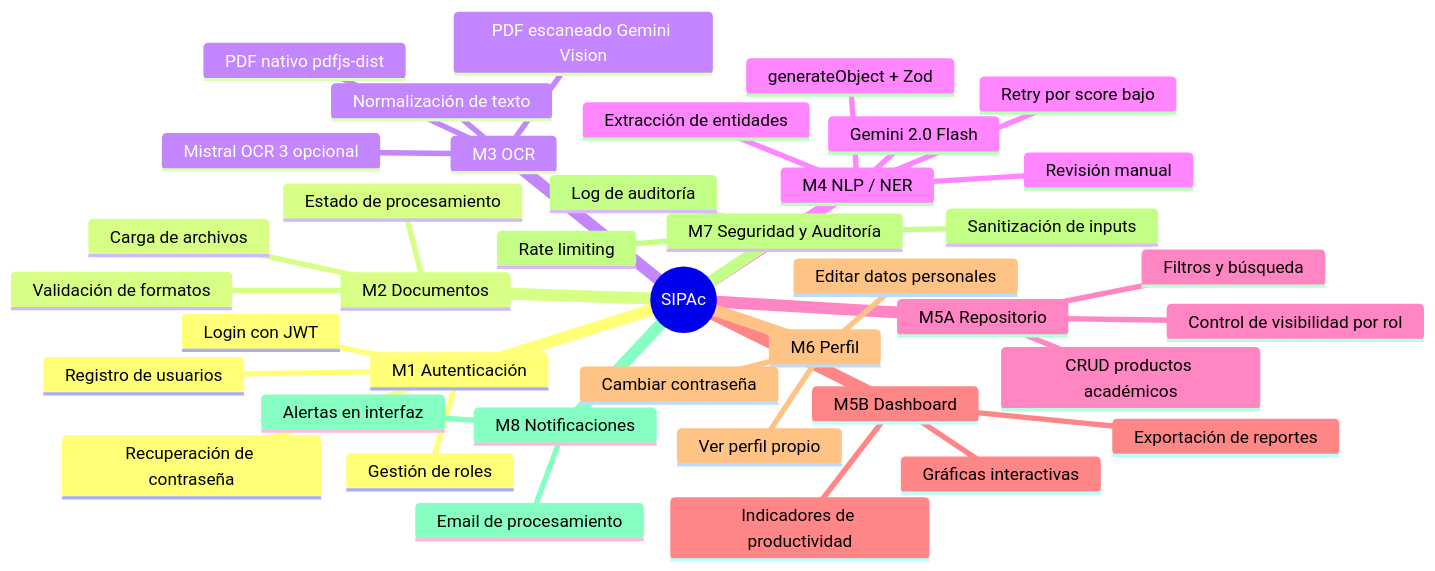
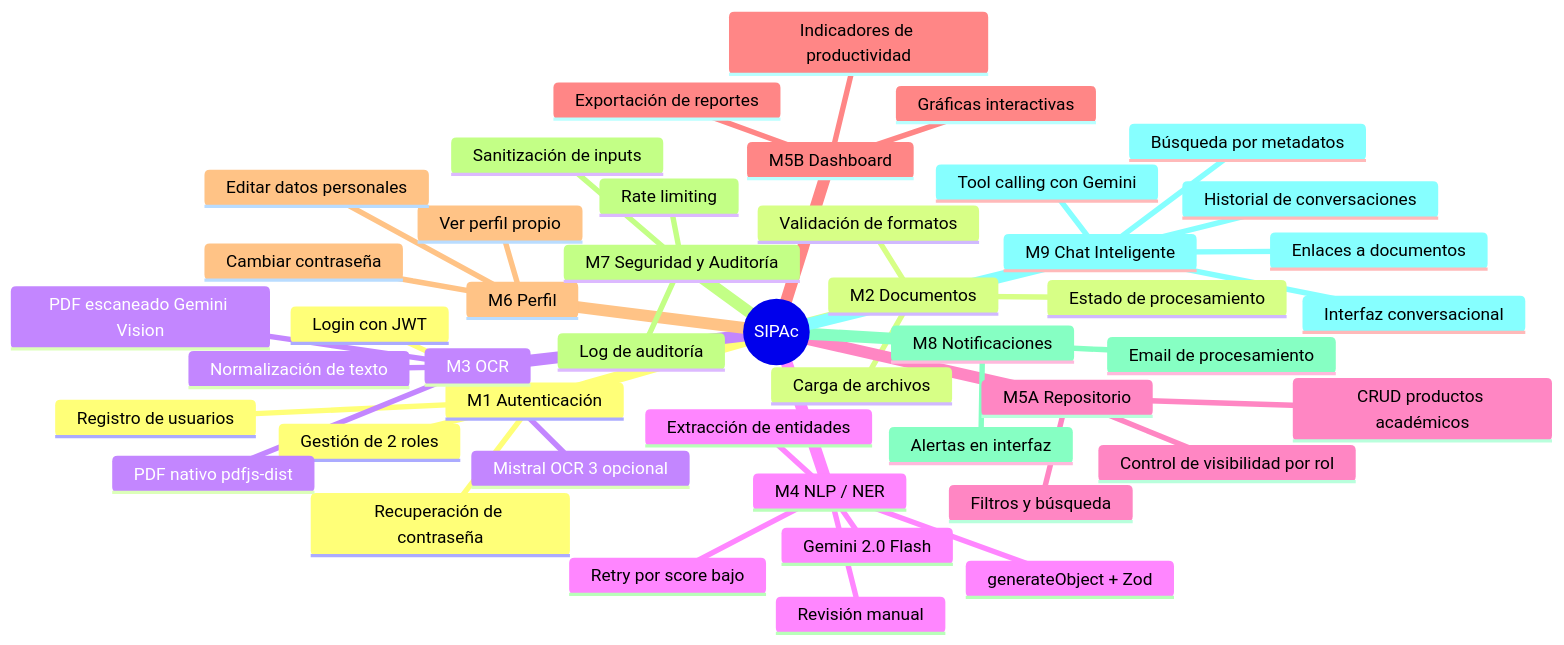
Before and after one commit to KarloZ7715/SIPAc: the first of 3 diagrams in docs/analisis-diseno/documentacion/02-requisitos-funcionales.md, drawn with Mermaid. The commit also changed other lines of this file and 28 other files, not shown here.

Commit message:
docs(analisis): alinear arquitectura y diagramas

````diff
--- a/docs/analisis-diseno/documentacion/02-requisitos-funcionales.md
+++ b/docs/analisis-diseno/documentacion/02-requisitos-funcionales.md
@@ -77,46 +81,52 @@
 ```mermaid
 ---
 id: 37baaeb4-dadb-4c3c-bf5e-b237b92bd6ce
 ---
 mindmap
   root((SIPAc))
     M1 Autenticación
       Registro de usuarios
       Login con JWT
-      Gestión de roles
+      Gestión de 2 roles
       Recuperación de contraseña
     M2 Documentos
       Carga de archivos
       Validación de formatos
       Estado de procesamiento
     M3 OCR
       PDF nativo pdfjs-dist
       PDF escaneado Gemini Vision
       Mistral OCR 3 opcional
       Normalización de texto
     M4 NLP / NER
       generateObject + Zod
       Gemini 2.0 Flash
       Extracción de entidades
       Revisión manual
       Retry por score bajo
     M5A Repositorio
       CRUD productos académicos
       Filtros y búsqueda
       Control de visibilidad por rol
     M5B Dashboard
       Indicadores de productividad
       Gráficas interactivas
       Exportación de reportes
     M6 Perfil
       Ver perfil propio
       Editar datos personales
       Cambiar contraseña
     M7 Seguridad y Auditoría
       Sanitización de inputs
       Log de auditoría
       Rate limiting
     M8 Notificaciones
       Email de procesamiento
       Alertas en interfaz
+    M9 Chat Inteligente
+      Interfaz conversacional
+      Búsqueda por metadatos
+      Tool calling con Gemini
+      Historial de conversaciones
+      Enlaces a documentos
 ```
````
